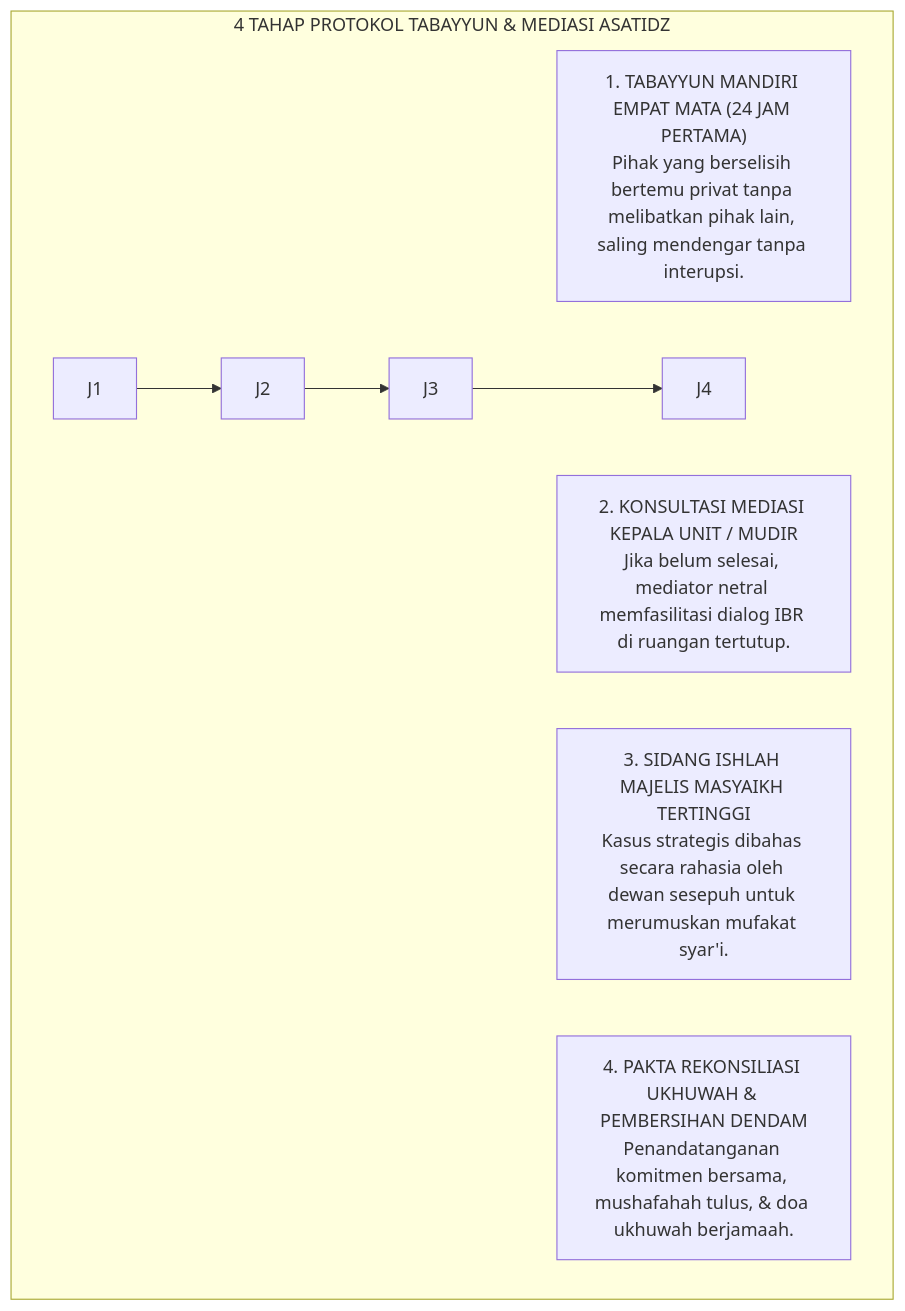
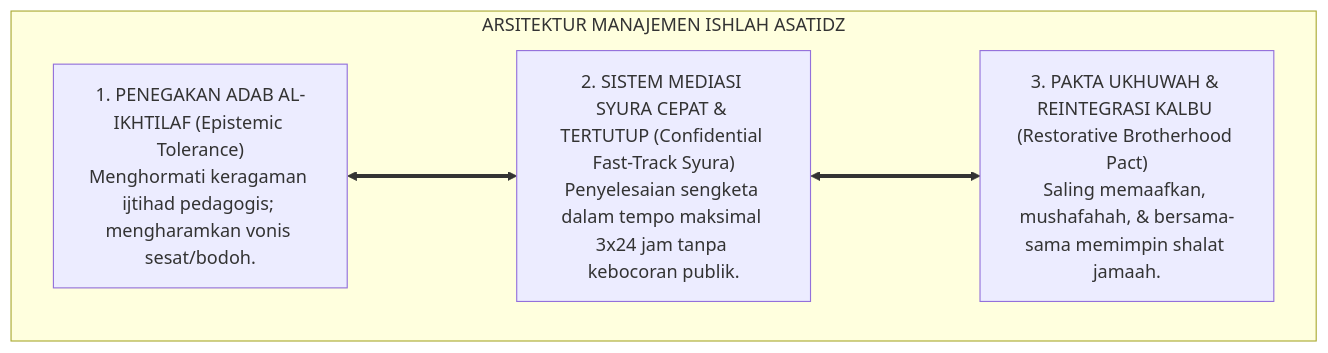
Before and after one commit to wandiapriliyandi/tumbuh: the second of 4 diagrams in 01 Philosophy/05 Leadership/P1-05-06-Manajemen-Resolusi-Konflik-Internal-Asatidz-dan-Syura.md, drawn with Mermaid. The commit also changed other lines of this file and 7 other files, not shown here.

````diff
--- a/01 Philosophy/05 Leadership/P1-05-06-Manajemen-Resolusi-Konflik-Internal-Asatidz-dan-Syura.md
+++ b/01 Philosophy/05 Leadership/P1-05-06-Manajemen-Resolusi-Konflik-Internal-Asatidz-dan-Syura.md
@@ -107,14 +117,13 @@
 ```mermaid
 flowchart TD
-    subgraph EmpatTahapProtokolTabayyun["4 TAHAP PROTOKOL TABAYYUN & MEDIASI ASATIDZ"]
-        T1["1. TABAYYUN MANDIRI EMPAT MATA (24 JAM PERTAMA)<br/>Pihak yang berselisih bertemu privat tanpa melibatkan pihak lain, saling mendengar tanpa interupsi."]
+    subgraph ArsitekturIshlahAsatidzTUMBUH["ARSITEKTUR MANAJEMEN ISHLAH ASATIDZ"]
         
-        T2["2. KONSULTASI MEDIASI KEPALA UNIT / MUDIR<br/>Jika belum selesai, mediator netral memfasilitasi dialog IBR di ruangan tertutup."]
+        I1_Med["1. PENEGAKAN ADAB AL-IKHTILAF (Epistemic Tolerance)<br/>Menghormati keragaman ijtihad pedagogis; mengharamkan vonis sesat/bodoh."]
         
-        T3["3. SIDANG ISHLAH MAJELIS MASYAIKH TERTINGGI<br/>Kasus strategis dibahas secara rahasia oleh dewan sesepuh untuk merumuskan mufakat syar'i."]
+        I2_Med["2. SISTEM MEDIASI SYURA CEPAT & TERTUTUP (Confidential Fast-Track Syura)<br/>Penyelesaian sengketa dalam tempo maksimal 3x24 jam tanpa kebocoran publik."]
         
-        T4["4. PAKTA REKONSILIASI UKHUWAH & PEMBERSIHAN DENDAM<br/>Penandatanganan komitmen bersama, mushafahah tulus, & doa ukhuwah berjamaah."]
+        I3_Med["3. PAKTA UKHUWAH & REINTEGRASI KALBU (Restorative Brotherhood Pact)<br/>Saling memaafkan, mushafahah, & bersama-sama memimpin shalat jamaah."]
         
-        J1 --> J2 --> J3 --> J4
+        I1_Med <===> I2_Med <===> I3_Med
     end
 ```
````
